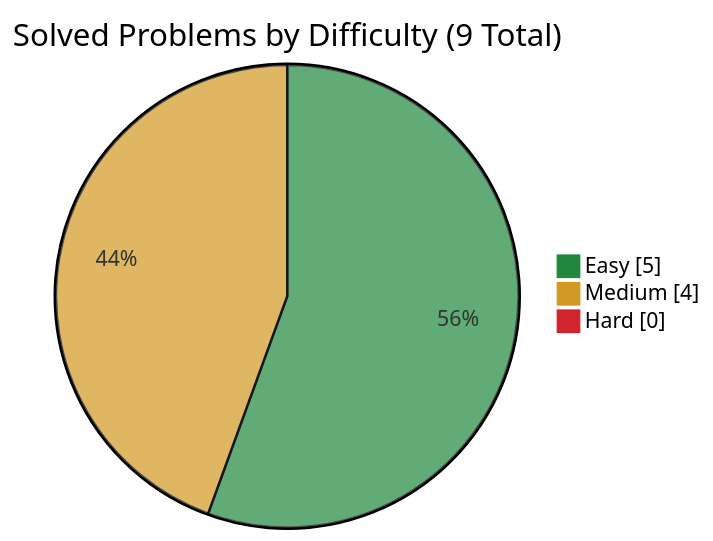
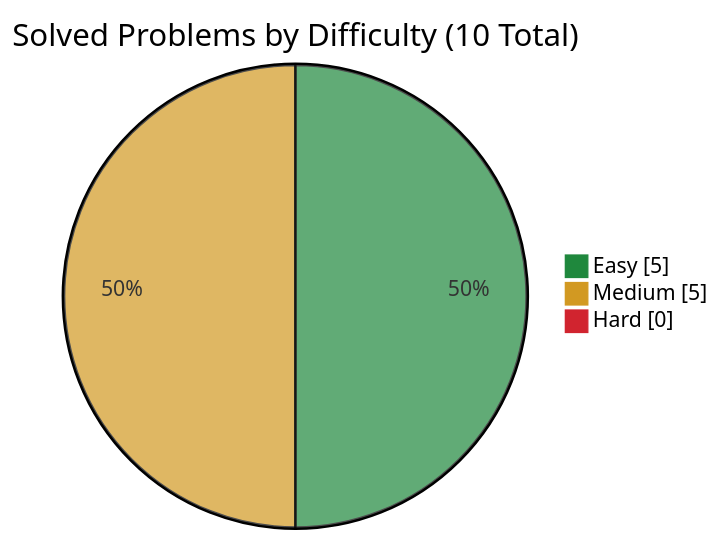
One commit to simonesiega/leetcode-solutions changed the diagram in companies/ibm/README.md. Above: the diagram before and after it, drawn with Mermaid. The commit also changed other lines of this file and 4 other files, not shown here.

````diff
--- a/companies/ibm/README.md
+++ b/companies/ibm/README.md
@@ -15,8 +15,8 @@
 ```mermaid
 %%{init: {"themeVariables": {"pie1": "#1f883d", "pie2": "#d29922", "pie3": "#d1242f"}}}%%
 pie showData
-    title Solved Problems by Difficulty (9 Total)
+    title Solved Problems by Difficulty (10 Total)
     "Easy" : 5
-    "Medium" : 4
+    "Medium" : 5
     "Hard" : 0
 ```
````
